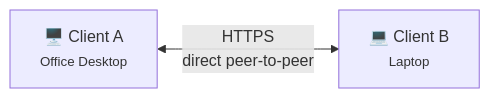
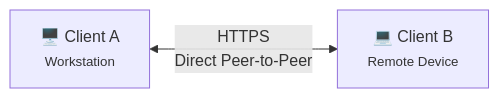
One commit to albertsdk/hsync changed the second of 3 diagrams in README.md. Above: the diagram before and after it, drawn with Mermaid. The commit also changed other lines of this file, not shown here.

````diff
--- a/README.md
+++ b/README.md
@@ -94,7 +123,8 @@
 ```mermaid
 flowchart LR
-    CA["🖥️ Client A<br/><small>Office Desktop</small>"]
-    CB["💻 Client B<br/><small>Laptop</small>"]
+    CA["🖥️ Client A<br/><small>Workstation</small>"]
+    CB["💻 Client B<br/><small>Remote Device</small>"]
 
-    CA <-->|"HTTPS<br/>direct peer-to-peer"| CB
+    CA <-->|"HTTPS<br/>Direct Peer-to-Peer"| CB
+
 ```
````
